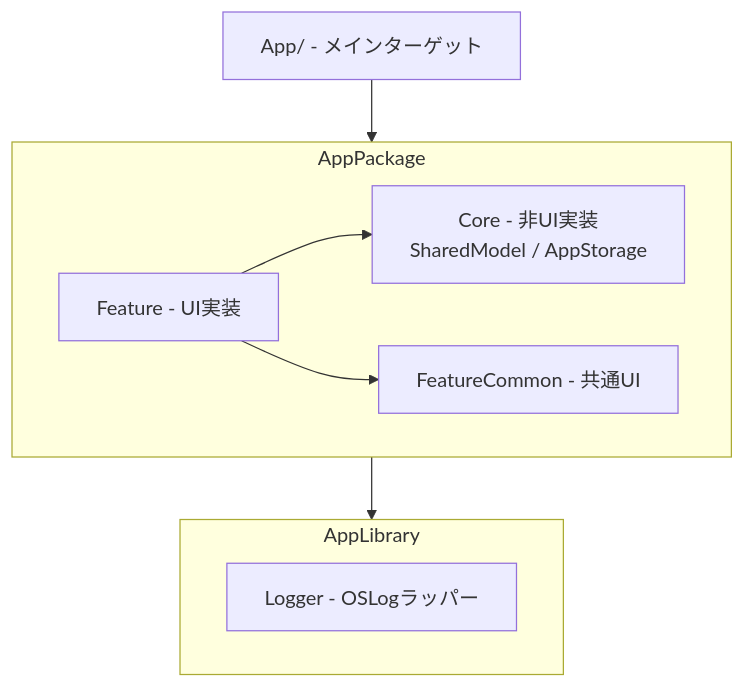
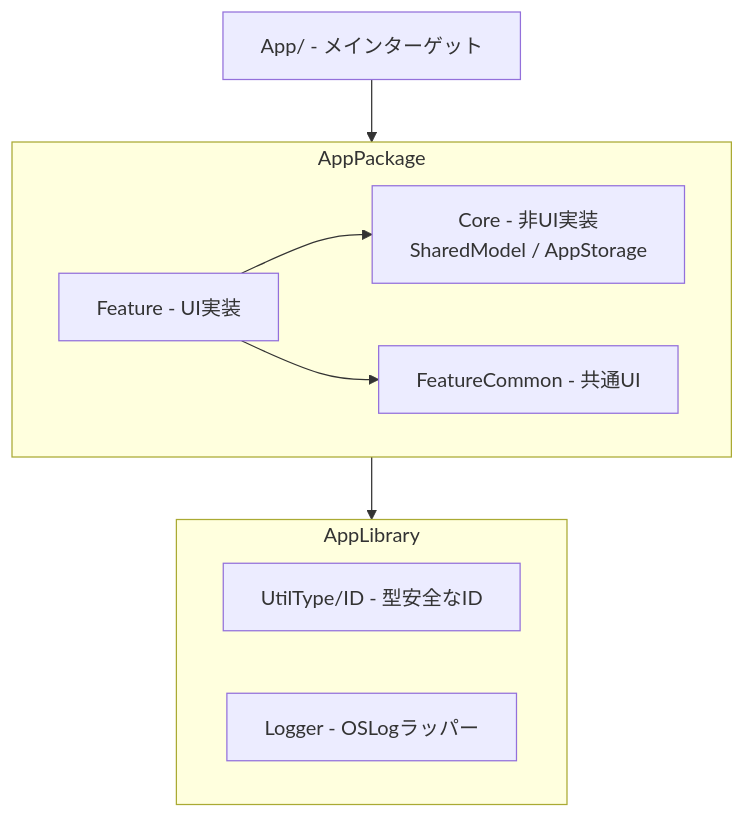
The first of 3 diagrams in docs/architecture.md (to4iki/ZatsuDo), drawn with Mermaid before and after one commit. The commit also changed other lines of this file, not shown here.

Commit message:
docs(architecture): update dependency graph with UtilType and FeatureCommon modules

````diff
--- a/docs/architecture.md
+++ b/docs/architecture.md
@@ -5,16 +5,17 @@
 ```mermaid
 graph TD
   App[App/ - メインターゲット] --> AppPackage
   AppPackage[AppPackage/ - メイン実装] --> AppLibrary
   AppLibrary[AppLibrary/ - 共通ライブラリ]
 
   subgraph AppPackage
     Feature[Feature - UI実装] --> Core & FeatureCommon
     Core[Core - 非UI実装<br/>SharedModel / AppStorage]
     FeatureCommon[FeatureCommon - 共通UI]
   end
 
   subgraph AppLibrary
+    UtilType[UtilType/ID - 型安全なID]
     Logger[Logger - OSLogラッパー]
   end
 ```
````
